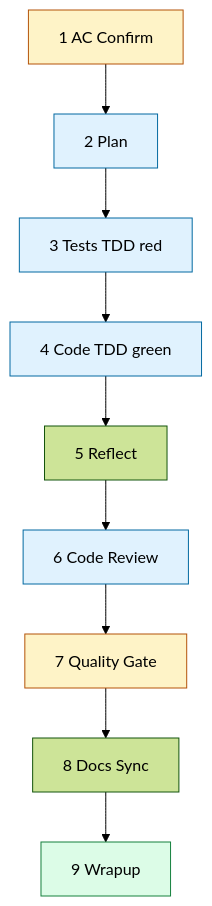
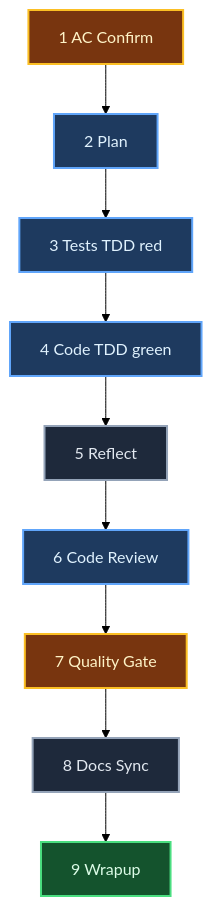
Before and after one commit to icarloscornejo/doer: the first of 3 diagrams in README.md, drawn with Mermaid (forest theme). The commit also changed other lines of this file, not shown here.

First line of the commit message:
docs(readme): dark-mode friendly colors for mermaid diagrams

````diff
--- a/README.md
+++ b/README.md
@@ -13,18 +13,16 @@
 ```mermaid
 flowchart TD
-    A[1 AC Confirm] --> B[2 Plan]
-    B --> C[3 Tests TDD red]
-    C --> D[4 Code TDD green]
-    D --> E[5 Reflect]
-    E --> F[6 Code Review]
-    F --> G[7 Quality Gate]
-    G --> H[8 Docs Sync]
-    H --> I[9 Wrapup]
+    A[1 AC Confirm]:::gate --> B[2 Plan]:::loop
+    B --> C[3 Tests TDD red]:::loop
+    C --> D[4 Code TDD green]:::loop
+    D --> E[5 Reflect]:::plain
+    E --> F[6 Code Review]:::loop
+    F --> G[7 Quality Gate]:::gate
+    G --> H[8 Docs Sync]:::plain
+    H --> I[9 Wrapup]:::final
 
-    classDef loop fill:#e0f2fe,stroke:#0369a1
-    classDef gate fill:#fef3c7,stroke:#b45309
-    classDef final fill:#dcfce7,stroke:#15803d
-    class B,C,D,F loop
-    class A,G gate
-    class I final
+    classDef loop fill:#1e3a5f,stroke:#60a5fa,stroke-width:2px,color:#e0f2fe
+    classDef gate fill:#78350f,stroke:#fbbf24,stroke-width:2px,color:#fef3c7
+    classDef final fill:#14532d,stroke:#4ade80,stroke-width:2px,color:#dcfce7
+    classDef plain fill:#1e293b,stroke:#94a3b8,stroke-width:2px,color:#e2e8f0
 ```
````
